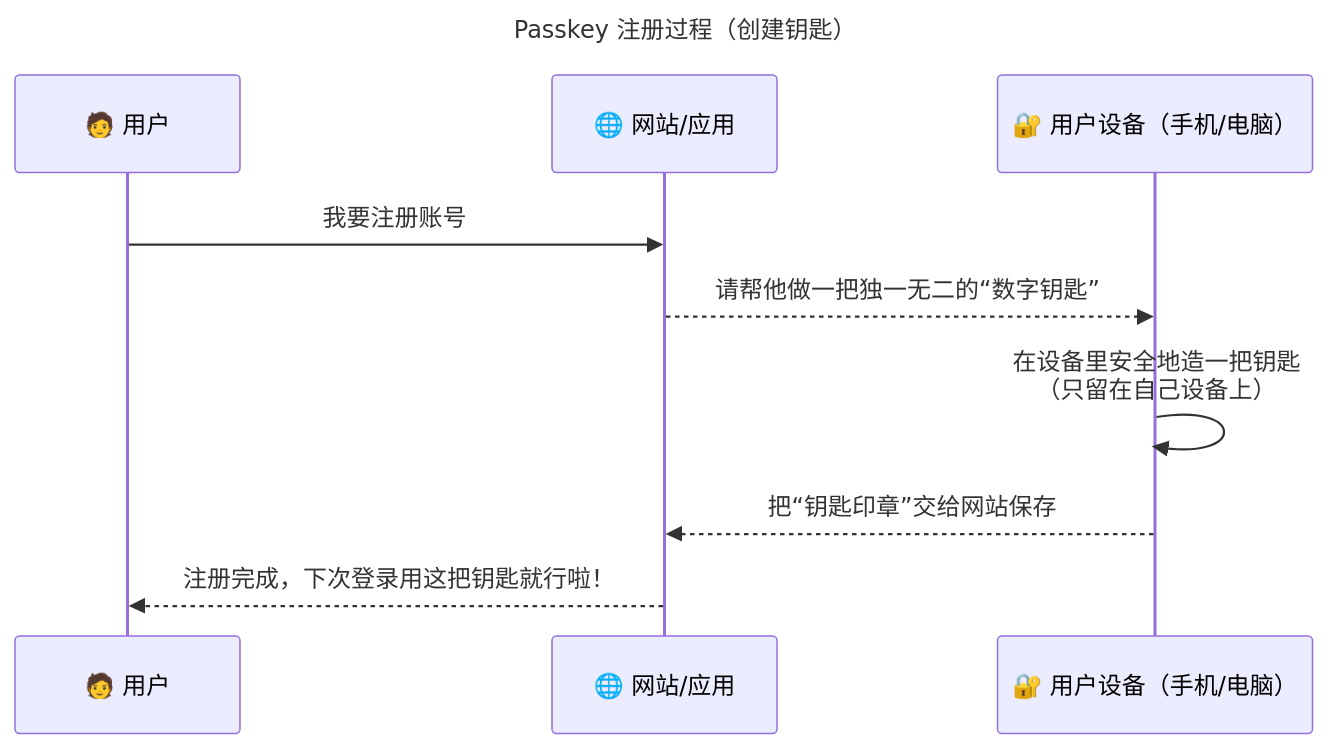
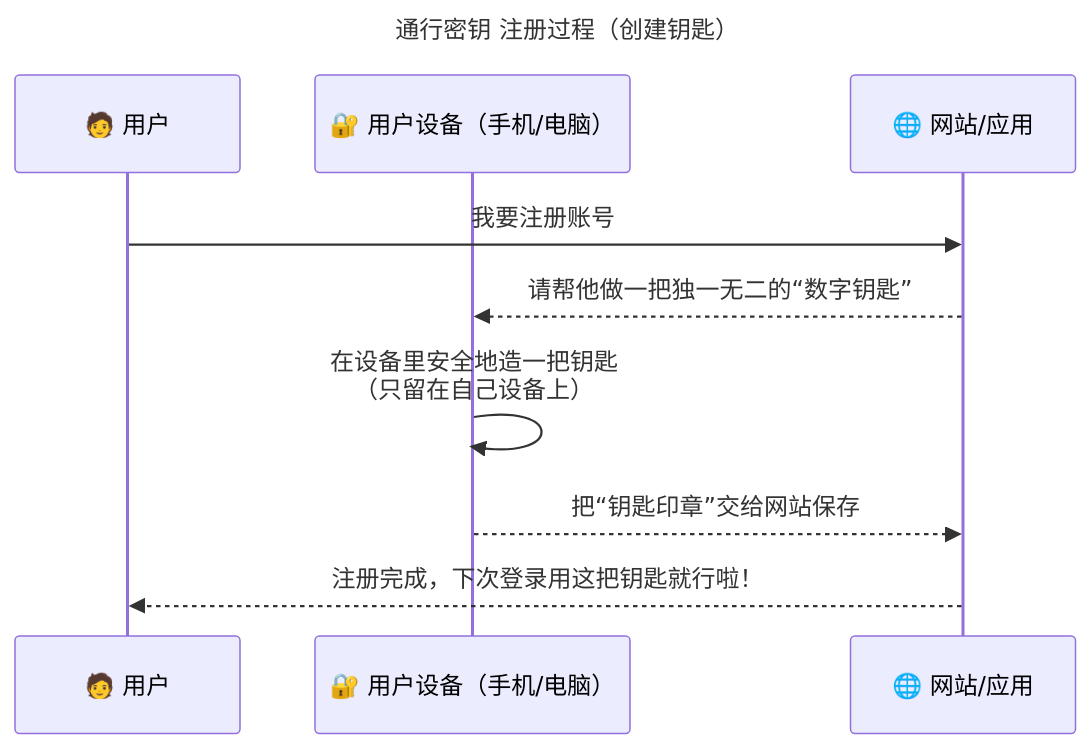
The first of 3 diagrams in docs/passkey.md (wf0229/id_doc), drawn with Mermaid before and after one commit. The commit also changed other lines of this file, not shown here.

````diff
--- a/docs/passkey.md
+++ b/docs/passkey.md
@@ -12,13 +12,13 @@
 ```mermaid
 sequenceDiagram
-    title Passkey 注册过程（创建钥匙）
+    title 通行密钥 注册过程（创建钥匙）
     participant U as 🧑 用户
+    participant D as 🔐 用户设备（手机/电脑）
     participant P as 🌐 网站/应用
-    participant D as 🔐 用户设备（手机/电脑）
 
     U->>P: 我要注册账号
     P-->>D: 请帮他做一把独一无二的“数字钥匙”
     D->>D: 在设备里安全地造一把钥匙<br/>（只留在自己设备上）
     D-->>P: 把“钥匙印章”交给网站保存
     P-->>U: 注册完成，下次登录用这把钥匙就行啦！
 ```
````
